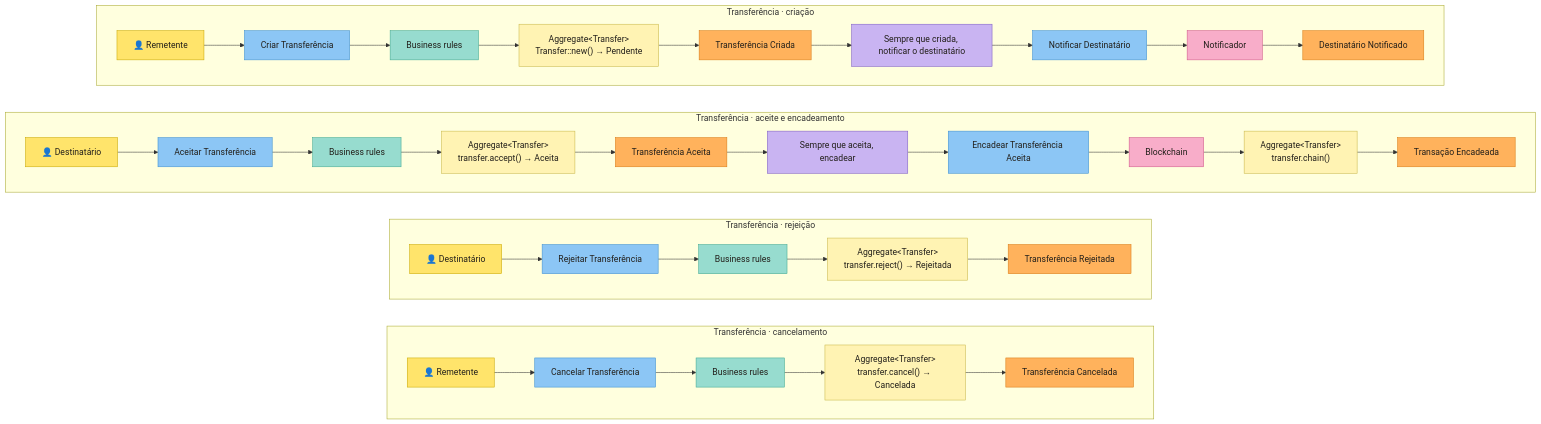
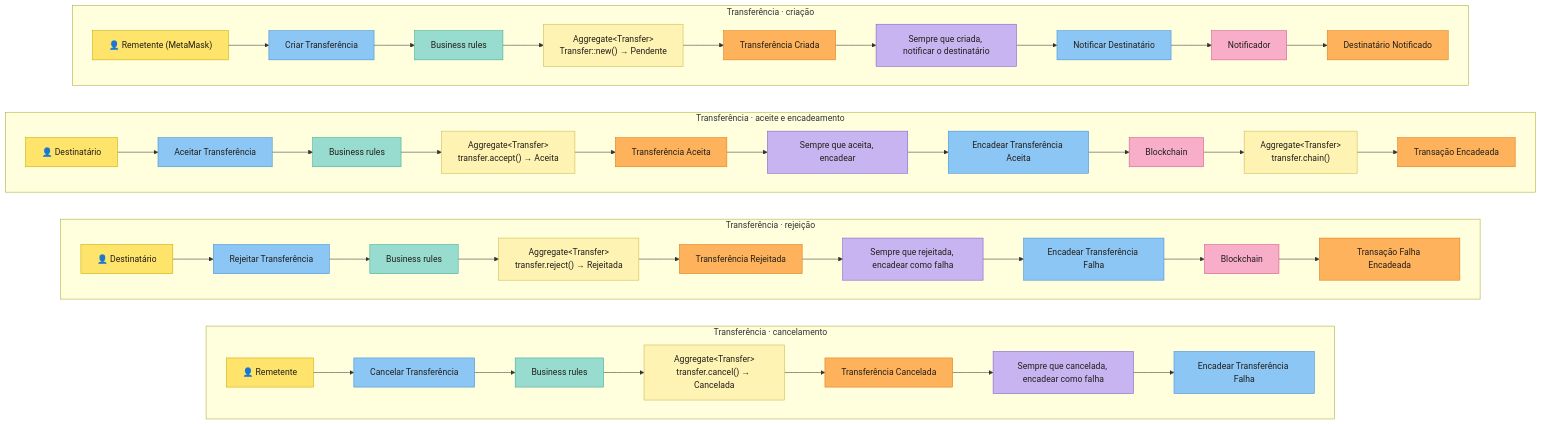
One commit to ecdesa-labs/cerne changed the second of 5 diagrams in README.md. Above: the diagram before and after it, drawn with Mermaid. The commit also changed other lines of this file and 50 other files, not shown here.

````diff
--- a/README.md
+++ b/README.md
@@ -45,28 +45,28 @@
 ```mermaid
 flowchart TB
   subgraph criacao["Transferência · criação"]
     direction LR
-    sender["👤 Remetente"]:::actor --> create["Criar Transferência"]:::command --> cRules["Business rules"]:::rule --> cTransfer["Aggregate#lt;Transfer#gt;<br/>Transfer::new() → Pendente"]:::aggregate --> created["Transferência Criada"]:::event --> notifyPolicy["Sempre que criada, notificar o destinatário"]:::policy --> notifyCmd["Notificar Destinatário"]:::command --> notifier["Notificador"]:::external --> notified["Destinatário Notificado"]:::event
+    sender["👤 Remetente (MetaMask)"]:::actor --> create["Criar Transferência"]:::command --> cRules["Business rules"]:::rule --> cTransfer["Aggregate#lt;Transfer#gt;<br/>Transfer::new() → Pendente"]:::aggregate --> created["Transferência Criada"]:::event --> notifyPolicy["Sempre que criada, notificar o destinatário"]:::policy --> notifyCmd["Notificar Destinatário"]:::command --> notifier["Notificador"]:::external --> notified["Destinatário Notificado"]:::event
   end
   subgraph aceite["Transferência · aceite e encadeamento"]
     direction LR
     recipient["👤 Destinatário"]:::actor --> accept["Aceitar Transferência"]:::command --> aRules["Business rules"]:::rule --> aTransfer["Aggregate#lt;Transfer#gt;<br/>transfer.accept() → Aceita"]:::aggregate --> accepted["Transferência Aceita"]:::event --> policy["Sempre que aceita, encadear"]:::policy --> chainCmd["Encadear Transferência Aceita"]:::command --> chain["Blockchain"]:::external --> chainedTransfer["Aggregate#lt;Transfer#gt;<br/>transfer.chain()"]:::aggregate --> chained["Transação Encadeada"]:::event
   end
   subgraph rejeicao["Transferência · rejeição"]
     direction LR
-    recipient2["👤 Destinatário"]:::actor --> reject["Rejeitar Transferência"]:::command --> rRules["Business rules"]:::rule --> rTransfer["Aggregate#lt;Transfer#gt;<br/>transfer.reject() → Rejeitada"]:::aggregate --> rejected["Transferência Rejeitada"]:::event
+    recipient2["👤 Destinatário"]:::actor --> reject["Rejeitar Transferência"]:::command --> rRules["Business rules"]:::rule --> rTransfer["Aggregate#lt;Transfer#gt;<br/>transfer.reject() → Rejeitada"]:::aggregate --> rejected["Transferência Rejeitada"]:::event --> rPolicy["Sempre que rejeitada, encadear como falha"]:::policy --> failCmd["Encadear Transferência Falha"]:::command --> rChain["Blockchain"]:::external --> failed["Transação Falha Encadeada"]:::event
   end
   subgraph cancelamento["Transferência · cancelamento"]
     direction LR
-    sender2["👤 Remetente"]:::actor --> cancel["Cancelar Transferência"]:::command --> xRules["Business rules"]:::rule --> xTransfer["Aggregate#lt;Transfer#gt;<br/>transfer.cancel() → Cancelada"]:::aggregate --> canceled["Transferência Cancelada"]:::event
+    sender2["👤 Remetente"]:::actor --> cancel["Cancelar Transferência"]:::command --> xRules["Business rules"]:::rule --> xTransfer["Aggregate#lt;Transfer#gt;<br/>transfer.cancel() → Cancelada"]:::aggregate --> canceled["Transferência Cancelada"]:::event --> xPolicy["Sempre que cancelada, encadear como falha"]:::policy --> xFailCmd["Encadear Transferência Falha"]:::command
   end
   criacao ~~~ aceite ~~~ rejeicao ~~~ cancelamento
   classDef actor fill:#ffe46b,stroke:#c9a800,color:#221f1a
   classDef command fill:#8cc6f5,stroke:#3d8fd1,color:#221f1a
   classDef rule fill:#97dccf,stroke:#3fa892,color:#221f1a
   classDef service fill:#dde2e7,stroke:#8a96a3,color:#221f1a
   classDef aggregate fill:#fff3b3,stroke:#c9b84a,color:#221f1a
   classDef event fill:#ffb25c,stroke:#d97a14,color:#221f1a
   classDef policy fill:#c9b4f2,stroke:#7d5cc4,color:#221f1a
   classDef external fill:#f8adc9,stroke:#d0578a,color:#221f1a
 ```
````
